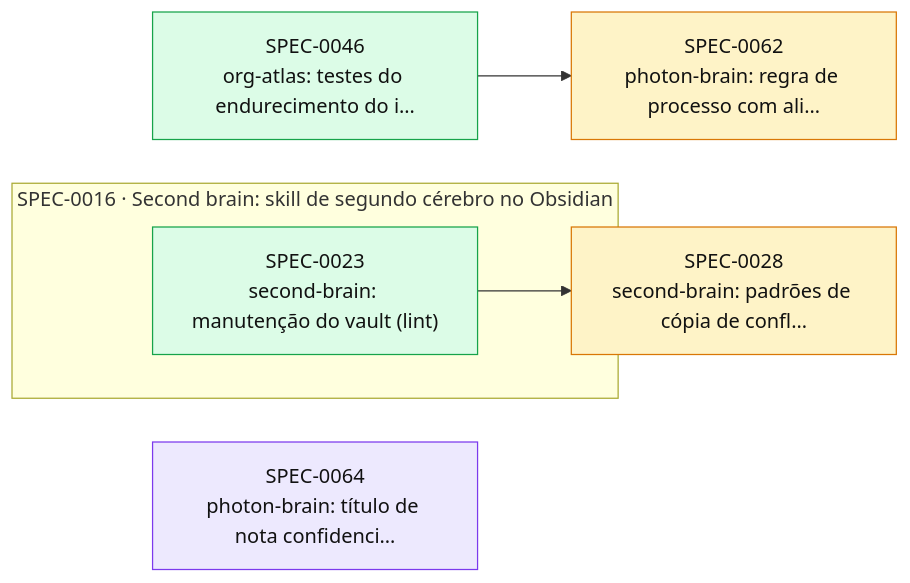
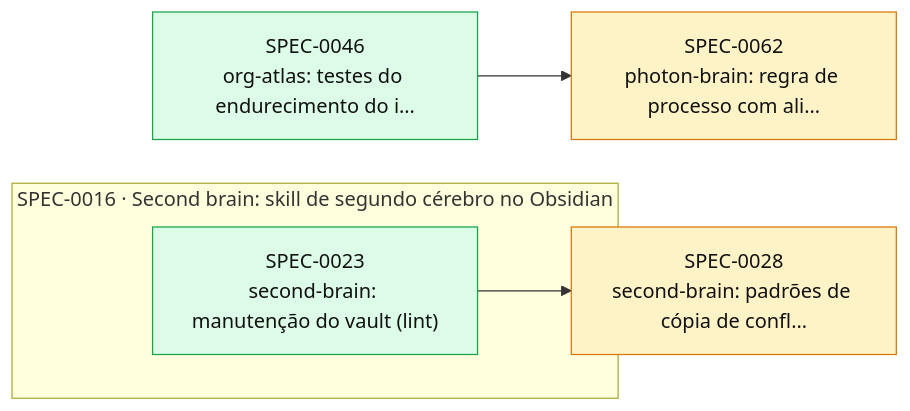
One commit to thomasravache/ai-dev-brain changed the diagram in docs/specs/INDEX.md. Above: the diagram before and after it, drawn with Mermaid. The commit also changed other lines of this file and 1 other file, not shown here.

First line of the commit message:
docs(specs): G7 e fechamento da SPEC-0064

````diff
--- a/docs/specs/INDEX.md
+++ b/docs/specs/INDEX.md
@@ -50,17 +49,16 @@
 ```mermaid
 flowchart LR
   S0028["SPEC-0028<br/>second-brain: padrões de cópia de confl…"]:::proposed
   S0046["SPEC-0046<br/>org-atlas: testes do endurecimento do i…"]:::implemented
   S0062["SPEC-0062<br/>photon-brain: regra de processo com ali…"]:::proposed
-  S0064["SPEC-0064<br/>photon-brain: título de nota confidenci…"]:::inprogress
   subgraph E0016["SPEC-0016 · Second brain: skill de segundo cérebro no Obsidian"]
     S0023["SPEC-0023<br/>second-brain: manutenção do vault (lint)"]:::implemented
   end
   S0023 --> S0028
   S0046 --> S0062
   classDef proposed fill:#fef3c7,stroke:#d97706,color:#111
   classDef approved fill:#dbeafe,stroke:#2563eb,color:#111
   classDef inprogress fill:#ede9fe,stroke:#7c3aed,color:#111
   classDef implemented fill:#dcfce7,stroke:#16a34a,color:#111
   classDef deprecated fill:#f3f4f6,stroke:#9ca3af,color:#6b7280
 ```
````
